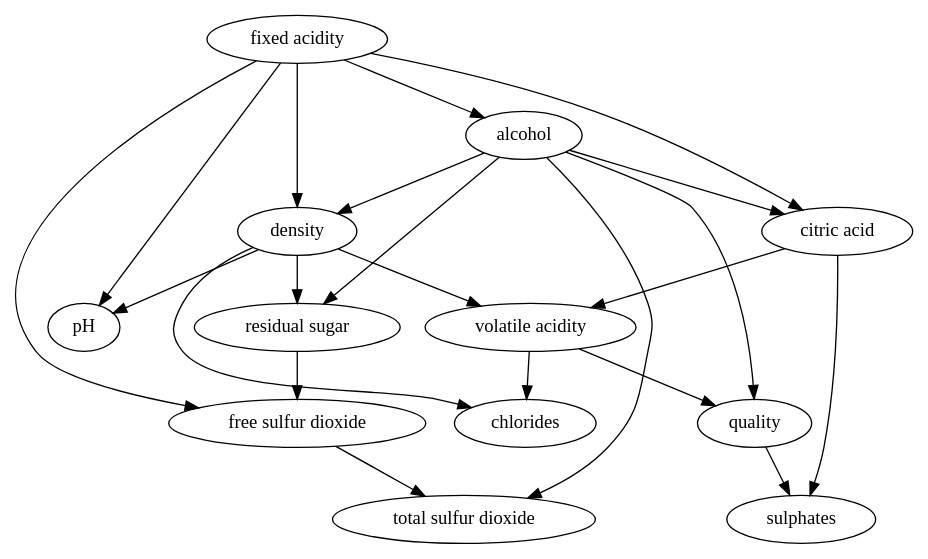
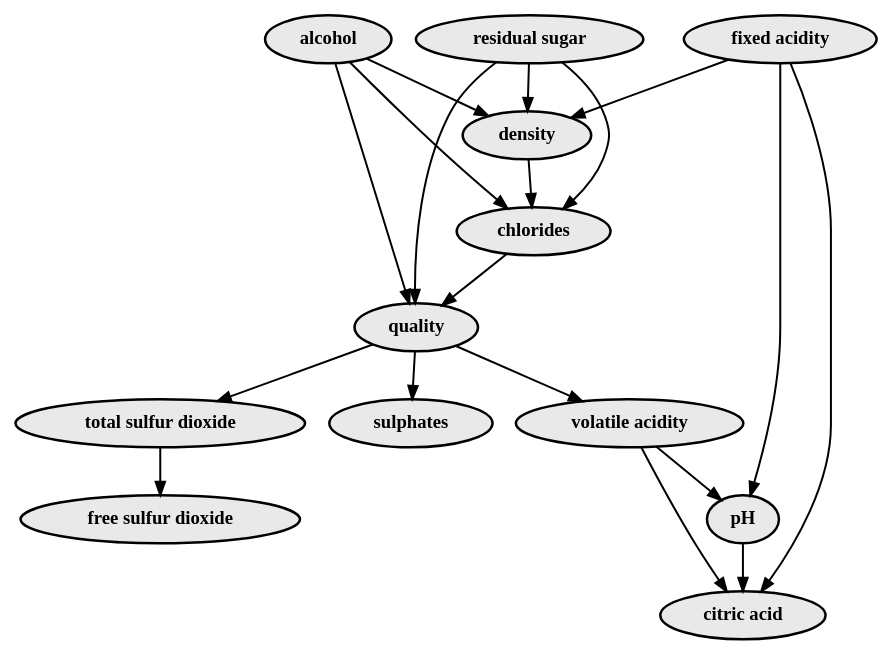
One commit to MLasserre/otagrum-experiments changed the diagram in uci_ml_repository/wine/results/structures/cmiic_dag_2.dot. Above: the diagram before and after it, drawn with Graphviz. The commit also changed 10 other files, not shown here.

```diff
--- a/uci_ml_repository/wine/results/structures/cmiic_dag_2.dot
+++ b/uci_ml_repository/wine/results/structures/cmiic_dag_2.dot
@@ -1,23 +1,22 @@
 digraph {
+    node [style=filled, fillcolor="#E9E9E9", penwidth=1.875, fontsize=14, fontname="times-bold"]
+    edge [penwidth=1.5]
+    "alcohol"->"quality"
+    "alcohol"->"density"
+    "alcohol"->"chlorides"
+    "residual sugar"->"quality"
+    "residual sugar"->"density"
+    "residual sugar"->"chlorides"
     "fixed acidity"->"pH"
     "fixed acidity"->"density"
     "fixed acidity"->"citric acid"
-    "fixed acidity"->"free sulfur dioxide"
-    "fixed acidity"->"alcohol"
-    "alcohol"->"quality"
-    "alcohol"->"residual sugar"
-    "alcohol"->"total sulfur dioxide"
-    "alcohol"->"density"
-    "alcohol"->"citric acid"
-    "citric acid"->"volatile acidity"
-    "citric acid"->"sulphates"
-    "density"->"residual sugar"
-    "density"->"pH"
-    "density"->"volatile acidity"
     "density"->"chlorides"
-    "volatile acidity"->"quality"
-    "volatile acidity"->"chlorides"
+    "chlorides"->"quality"
     "quality"->"sulphates"
-    "residual sugar"->"free sulfur dioxide"
-    "free sulfur dioxide"->"total sulfur dioxide"
+    "quality"->"volatile acidity"
+    "quality"->"total sulfur dioxide"
+    "total sulfur dioxide"->"free sulfur dioxide"
+    "volatile acidity"->"pH"
+    "volatile acidity"->"citric acid"
+    "pH"->"citric acid"
 }
```
